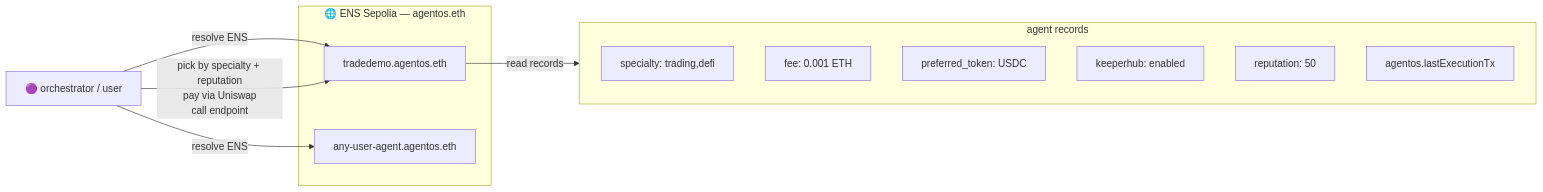
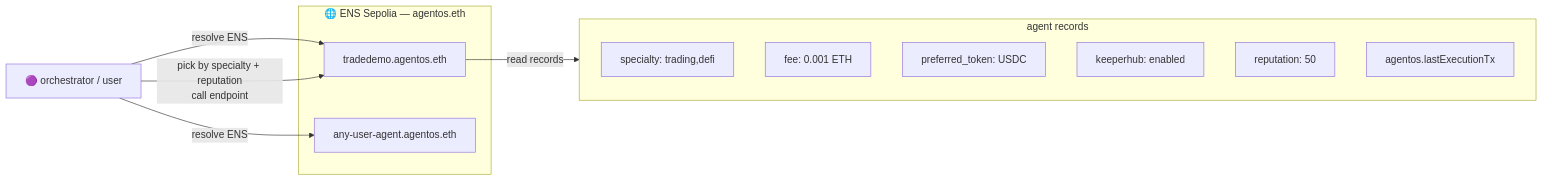
Before and after one commit to NikhilRaikwar/AgentOS: the fourth of 4 diagrams in README.md, drawn with Mermaid. The commit also changed other lines of this file, not shown here.

````diff
--- a/README.md
+++ b/README.md
@@ -190,22 +200,22 @@
 ```mermaid
 graph LR
     O["🟣 orchestrator / user"]
 
     subgraph ENS ["🌐 ENS Sepolia — agentos.eth"]
         T["tradedemo.agentos.eth"]
         R["any-user-agent.agentos.eth"]
     end
 
     subgraph TR ["agent records"]
         T1["specialty: trading,defi"]
         T2["fee: 0.001 ETH"]
         T3["preferred_token: USDC"]
         T4["keeperhub: enabled"]
         T5["reputation: 50"]
         T6["agentos.lastExecutionTx"]
     end
 
     O -->|resolve ENS| T & R
     T -->|read records| TR
-    O -->|pick by specialty + reputation\npay via Uniswap\ncall endpoint| T
+    O -->|pick by specialty + reputation\ncall endpoint| T
 ```
````
